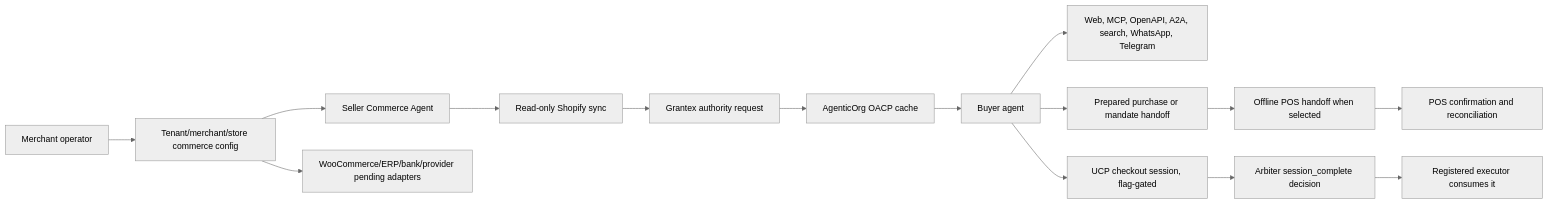
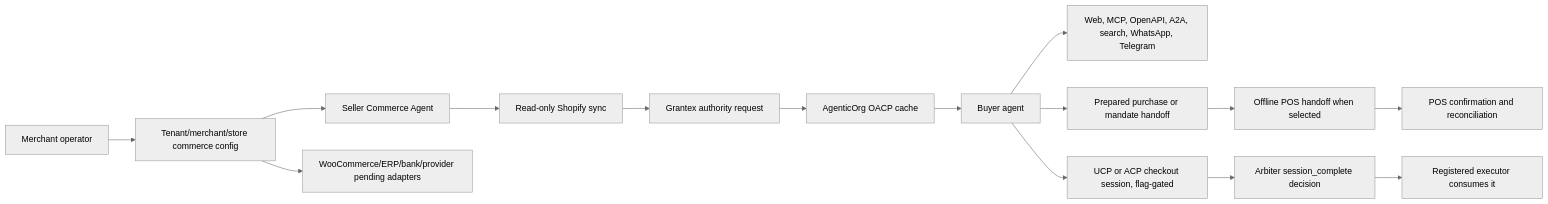
One commit to mishrasanjeev/agentic-org changed the diagram in docs/oacp/end-user-flow.md. Above: the diagram before and after it, drawn with Mermaid (neutral theme). The commit also changed other lines of this file and 36 other files, not shown here.

````diff
--- a/docs/oacp/end-user-flow.md
+++ b/docs/oacp/end-user-flow.md
@@ -11,17 +16,17 @@
 ```mermaid
 flowchart LR
   merchant[Merchant operator] --> config[Tenant/merchant/store commerce config]
   config --> seller[Seller Commerce Agent]
   config --> pending[WooCommerce/ERP/bank/provider pending adapters]
   seller --> sync[Read-only Shopify sync]
   sync --> grantex[Grantex authority request]
   grantex --> cache[AgenticOrg OACP cache]
   cache --> buyer[Buyer agent]
   buyer --> surfaces[Web, MCP, OpenAPI, A2A, search, WhatsApp, Telegram]
   buyer --> handoff[Prepared purchase or mandate handoff]
   handoff --> pos[Offline POS handoff when selected]
-  buyer --> ucp[UCP checkout session, flag-gated]
+  buyer --> ucp[UCP or ACP checkout session, flag-gated]
   ucp --> arbiter[Arbiter session_complete decision]
   arbiter --> executor[Registered executor consumes it]
   pos --> reconcile[POS confirmation and reconciliation]
 ```
````
